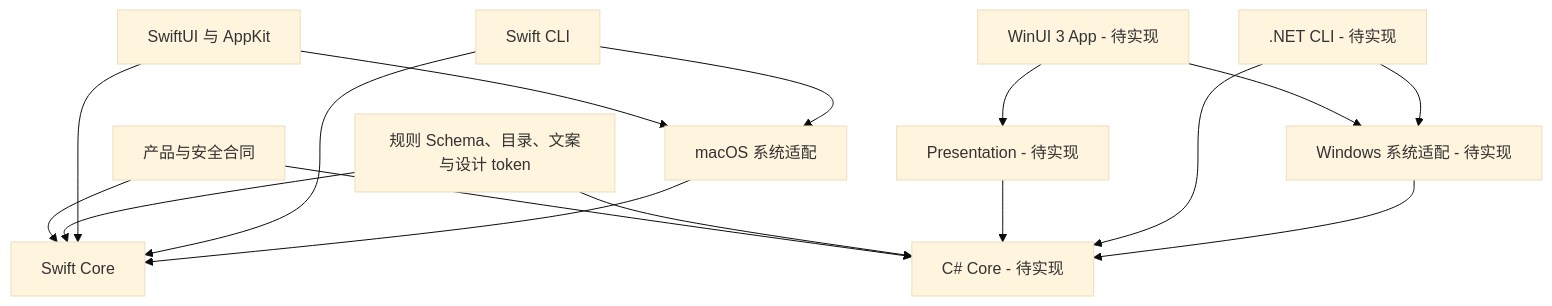
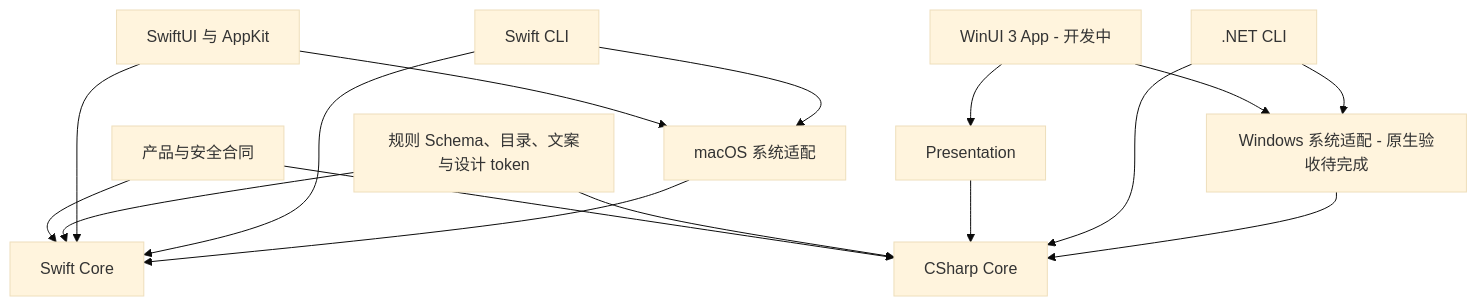
The diagram in docs/zh-CN/architecture/monorepo-and-platforms.md (limecloud/shou), drawn with Mermaid (base theme) before and after one commit. The commit also changed other lines of this file and 297 other files, not shown here.

Commit message:
Release v0.12.0 native architecture and platform npm distribution

````diff
--- a/docs/zh-CN/architecture/monorepo-and-platforms.md
+++ b/docs/zh-CN/architecture/monorepo-and-platforms.md
@@ -11,18 +11,18 @@
 ```mermaid
 flowchart TB
     Contract[产品与安全合同] --> MacCore[Swift Core]
-    Contract --> WinCore[C# Core - 待实现]
+    Contract --> WinCore[CSharp Core]
     Resources[规则 Schema、目录、文案与设计 token] --> MacCore
     Resources --> WinCore
     MacUI[SwiftUI 与 AppKit] --> MacCore
     MacCLI[Swift CLI] --> MacCore
     MacUI --> MacPlatform[macOS 系统适配]
     MacCLI --> MacPlatform
     MacPlatform --> MacCore
-    WinUI[WinUI 3 App - 待实现] --> VM[Presentation - 待实现]
+    WinUI[WinUI 3 App - 开发中] --> VM[Presentation]
     VM --> WinCore
-    WinCLI[.NET CLI - 待实现] --> WinCore
-    WinUI --> WinPlatform[Windows 系统适配 - 待实现]
+    WinCLI[.NET CLI] --> WinCore
+    WinUI --> WinPlatform[Windows 系统适配 - 原生验收待完成]
     WinCLI --> WinPlatform
     WinPlatform --> WinCore
 ```
````
